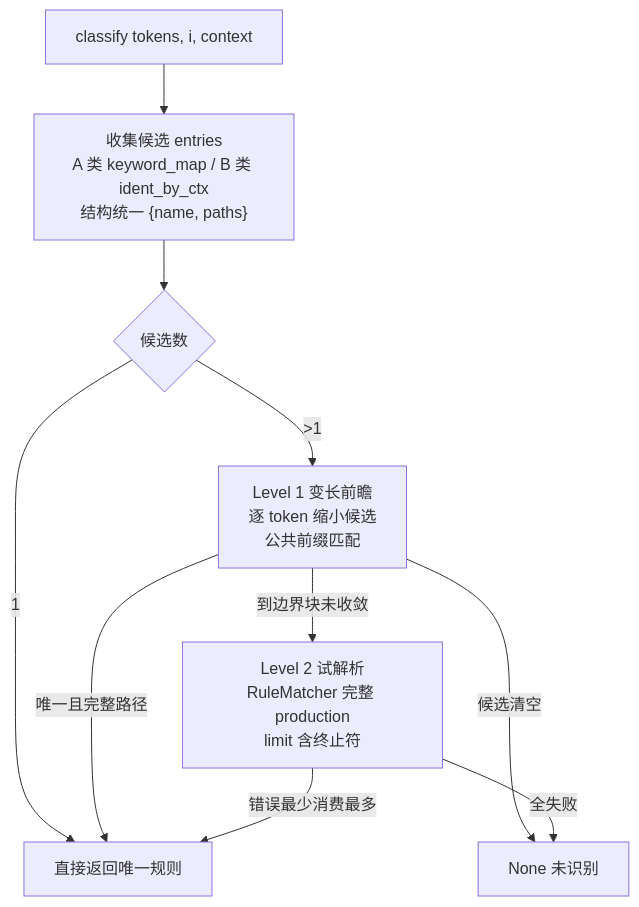
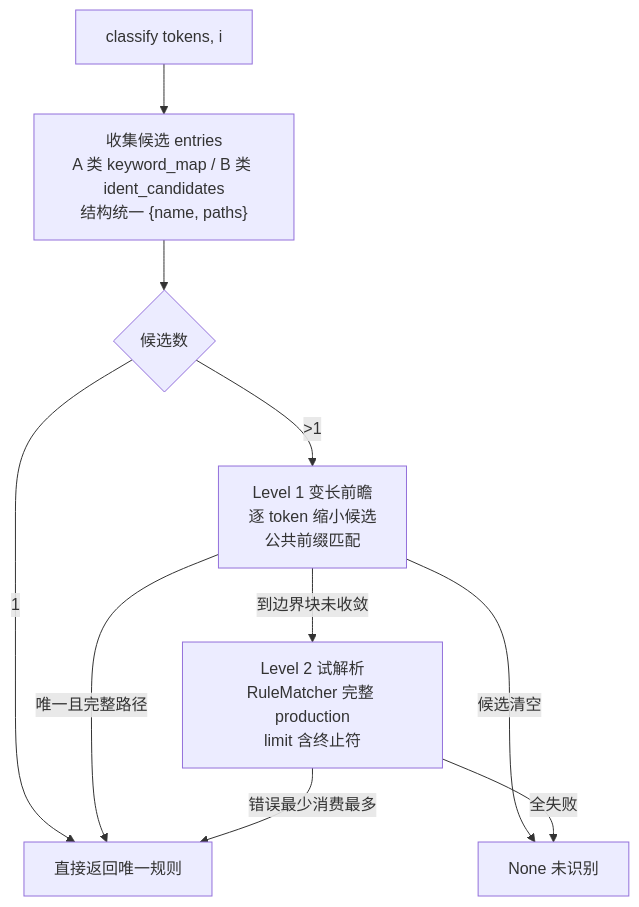
The third of 5 diagrams in docs/linter_architecture.md (DogStraight/trans-paradigm-compiler), drawn with Mermaid before and after one commit. The commit also changed other lines of this file and 3 other files, not shown here.

````diff
--- a/docs/linter_architecture.md
+++ b/docs/linter_architecture.md
@@ -113,12 +112,12 @@
 ```mermaid
 flowchart TD
-    A[classify tokens, i, context] --> B["收集候选 entries<br/>A 类 keyword_map / B 类 ident_by_ctx<br/>结构统一 {name, paths}"]
+    A[classify tokens, i] --> B["收集候选 entries<br/>A 类 keyword_map / B 类 ident_candidates<br/>结构统一 {name, paths}"]
     B --> C{候选数}
     C -->|1| D[直接返回唯一规则]
     C -->|>1| E[Level 1 变长前瞻<br/>逐 token 缩小候选<br/>公共前缀匹配]
     E -->|唯一且完整路径| D
     E -->|候选清空| F[None 未识别]
     E -->|到边界块未收敛| G[Level 2 试解析<br/>RuleMatcher 完整 production<br/>limit 含终止符]
     G -->|错误最少消费最多| D
     G -->|全失败| F
 ```
````
